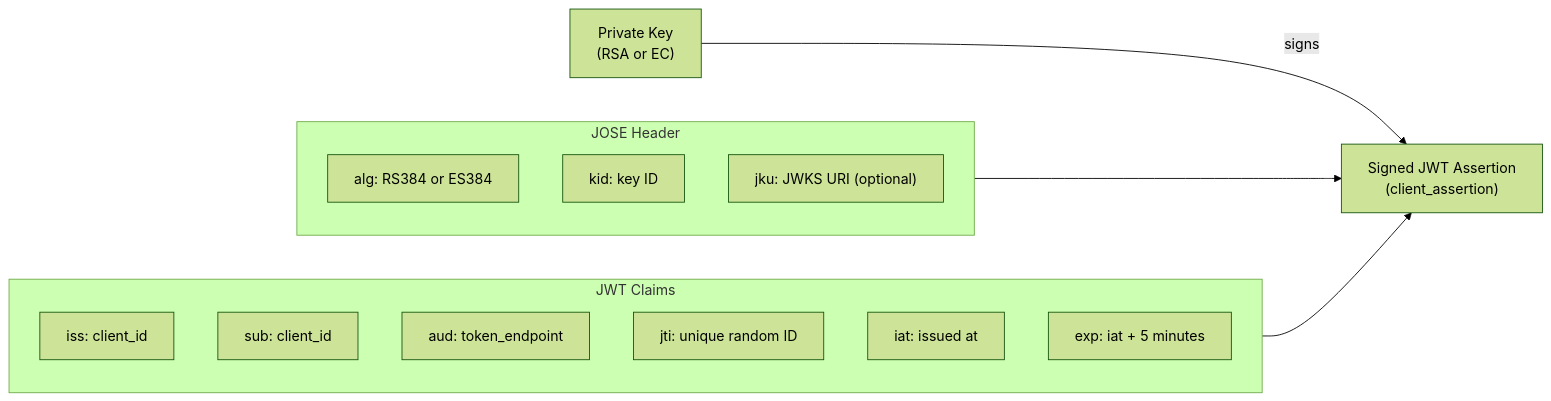
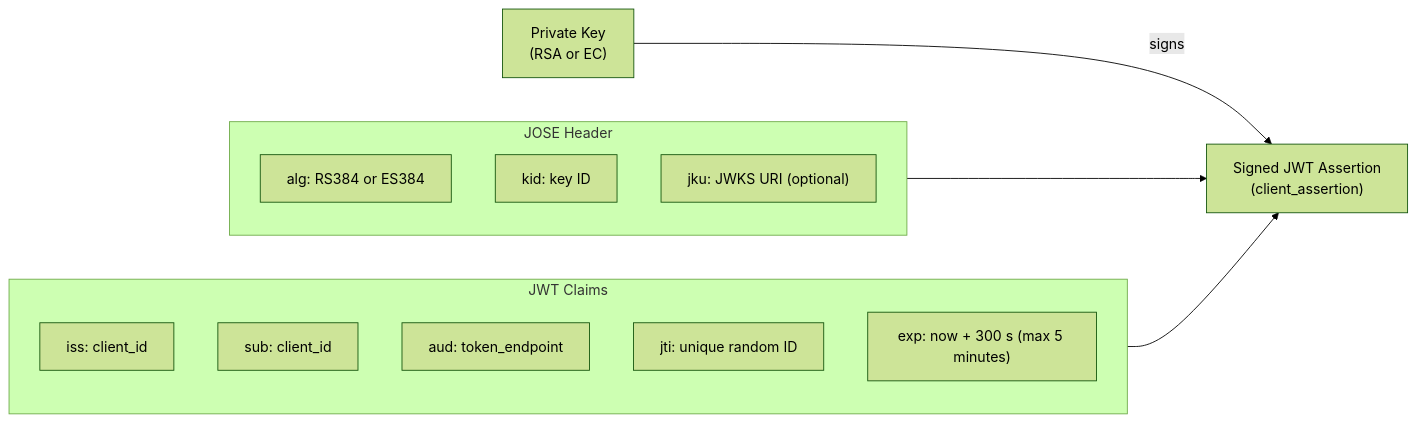
One commit to vanessuniq/safire changed the diagram in docs/smart-on-fhir/confidential-asymmetric/index.md. Above: the diagram before and after it, drawn with Mermaid (forest theme). The commit also changed 1 other file, not shown here.

Commit message:
Fix SMART asymmetric error and JWT claim docs
Claude-Session: https://claude.ai/code/session_01RNVT31zfabsHtUqCzFaWac

````diff
--- a/docs/smart-on-fhir/confidential-asymmetric/index.md
+++ b/docs/smart-on-fhir/confidential-asymmetric/index.md
@@ -96,23 +96,22 @@
 ```mermaid
 flowchart LR
     subgraph Header["JOSE Header"]
         H1["alg: RS384 or ES384"]
         H2["kid: key ID"]
         H3["jku: JWKS URI (optional)"]
     end
 
     subgraph Claims["JWT Claims"]
         C1["iss: client_id"]
         C2["sub: client_id"]
         C3["aud: token_endpoint"]
         C4["jti: unique random ID"]
-        C5["iat: issued at"]
-        C6["exp: iat + 5 minutes"]
+        C5["exp: now + 300 s (max 5 minutes)"]
     end
 
     PK["Private Key\n(RSA or EC)"]
 
     Header --> JWT
     Claims --> JWT
     PK -->|signs| JWT["Signed JWT Assertion\n(client_assertion)"]
 ```
````
